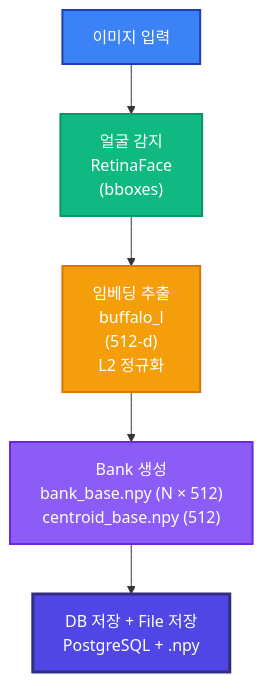
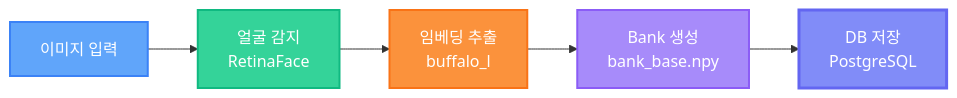
Before and after one commit to jongwoo108/EyeSis: the ninth of 11 diagrams in PROJECT_PLAN.md, drawn with Mermaid. The commit also changed other lines of this file, not shown here.

````diff
--- a/PROJECT_PLAN.md
+++ b/PROJECT_PLAN.md
@@ -327,20 +330,19 @@
 ```mermaid
-flowchart TD
+flowchart LR
     Input["이미지 입력"]
-    
-    Detect["얼굴 감지<br/>RetinaFace<br/>(bboxes)"]
-    Extract["임베딩 추출<br/>buffalo_l<br/>(512-d)<br/>L2 정규화"]
-    Create["Bank 생성<br/>bank_base.npy (N × 512)<br/>centroid_base.npy (512)"]
-    Save["DB 저장 + File 저장<br/>PostgreSQL + .npy"]
+    Detect["얼굴 감지<br/>RetinaFace"]
+    Extract["임베딩 추출<br/>buffalo_l"]
+    Create["Bank 생성<br/>bank_base.npy"]
+    Save["DB 저장<br/>PostgreSQL"]
     
     Input --> Detect
     Detect --> Extract
     Extract --> Create
     Create --> Save
     
-    style Input fill:#3B82F6,stroke:#1E40AF,stroke-width:2px,color:#fff
-    style Detect fill:#10B981,stroke:#059669,stroke-width:2px,color:#fff
-    style Extract fill:#F59E0B,stroke:#D97706,stroke-width:2px,color:#fff
-    style Create fill:#8B5CF6,stroke:#6D28D9,stroke-width:2px,color:#fff
-    style Save fill:#4F46E5,stroke:#312E81,stroke-width:3px,color:#fff
+    style Input fill:#60A5FA,stroke:#3B82F6,stroke-width:2px,color:#fff
+    style Detect fill:#34D399,stroke:#10B981,stroke-width:2px,color:#fff
+    style Extract fill:#FB923C,stroke:#F97316,stroke-width:2px,color:#fff
+    style Create fill:#A78BFA,stroke:#8B5CF6,stroke-width:2px,color:#fff
+    style Save fill:#818CF8,stroke:#6366F1,stroke-width:3px,color:#fff
 ```
````
